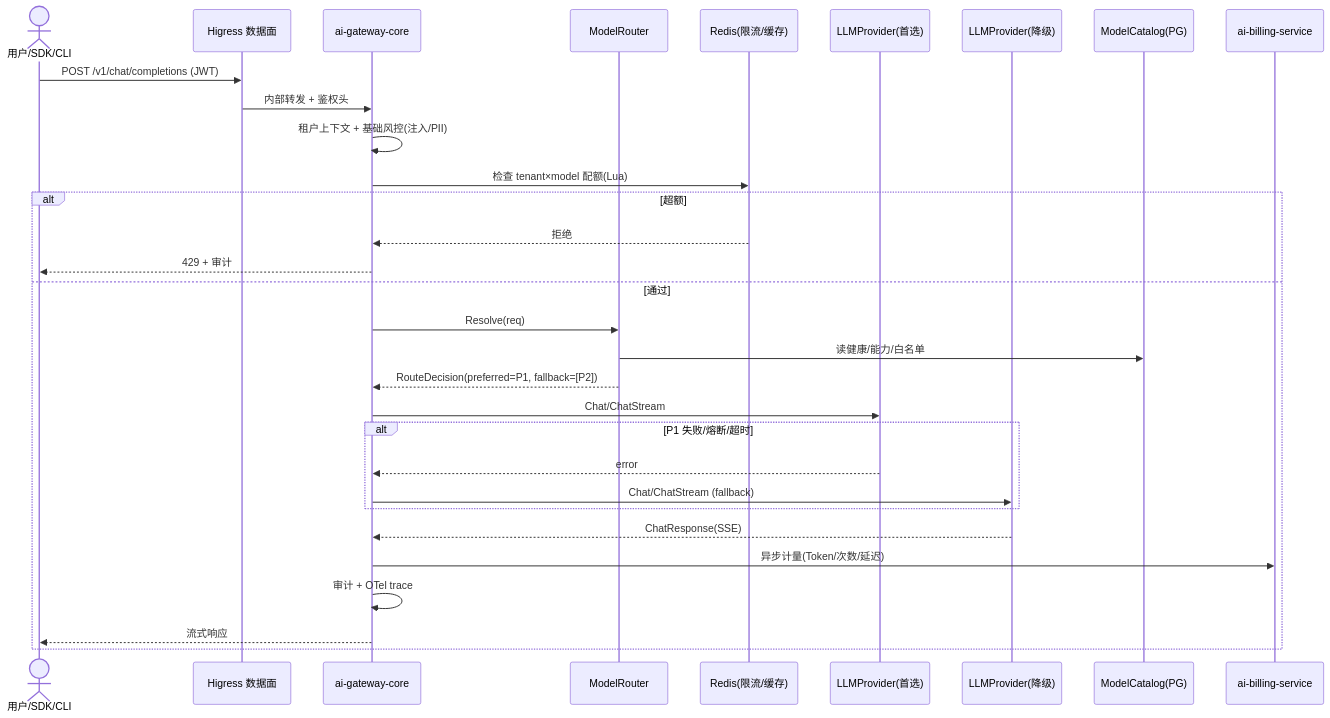
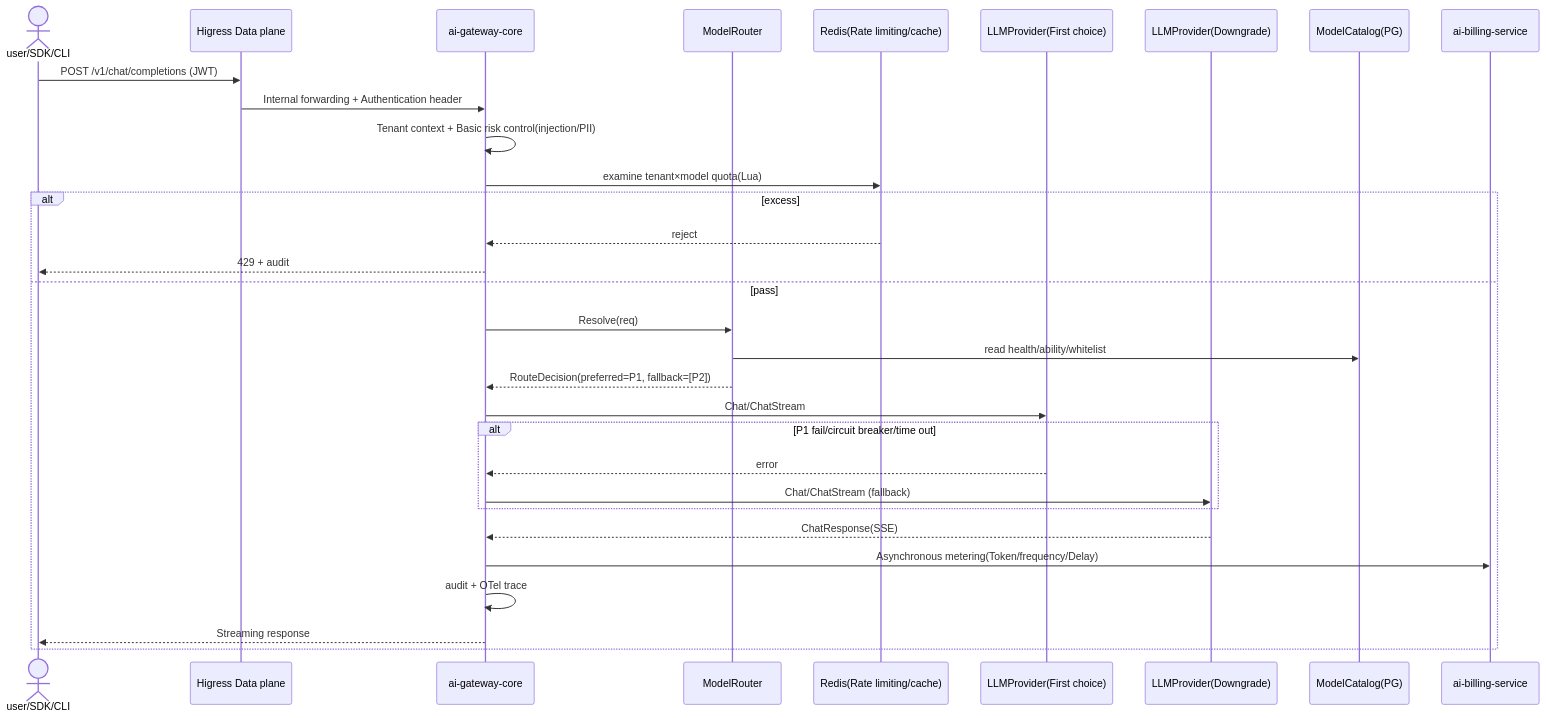
The second of 2 diagrams in design/DESIGN.md (open-strata-ai/ai-gateway-core), drawn with Mermaid before and after one commit. The commit also changed other lines of this file and 11 other files, not shown here.

````diff
--- a/design/DESIGN.md
+++ b/design/DESIGN.md
@@ -316,34 +316,34 @@
 ```mermaid
 sequenceDiagram
-    actor U as 用户/SDK/CLI
-    participant HW as Higress 数据面
+    actor U as user/SDK/CLI
+    participant HW as Higress Data plane
     participant GW as ai-gateway-core
     participant RT as ModelRouter
-    participant RL as Redis(限流/缓存)
-    participant P1 as LLMProvider(首选)
-    participant P2 as LLMProvider(降级)
+    participant RL as Redis(Rate limiting/cache)
+    participant P1 as LLMProvider(First choice)
+    participant P2 as LLMProvider(Downgrade)
     participant CAT as ModelCatalog(PG)
     participant BILL as ai-billing-service
 
     U->>HW: POST /v1/chat/completions (JWT)
-    HW->>GW: 内部转发 + 鉴权头
-    GW->>GW: 租户上下文 + 基础风控(注入/PII)
-    GW->>RL: 检查 tenant×model 配额(Lua)
-    alt 超额
-        RL-->>GW: 拒绝
-        GW-->>U: 429 + 审计
-    else 通过
+    HW->>GW: Internal forwarding + Authentication header
+    GW->>GW: Tenant context + Basic risk control(injection/PII)
+    GW->>RL: examine tenant×model quota(Lua)
+    alt excess
+        RL-->>GW: reject
+        GW-->>U: 429 + audit
+    else pass
         GW->>RT: Resolve(req)
-        RT->>CAT: 读健康/能力/白名单
+        RT->>CAT: read health/ability/whitelist
         RT-->>GW: RouteDecision(preferred=P1, fallback=[P2])
         GW->>P1: Chat/ChatStream
-        alt P1 失败/熔断/超时
+        alt P1 fail/circuit breaker/time out
             P1-->>GW: error
             GW->>P2: Chat/ChatStream (fallback)
         end
         P2-->>GW: ChatResponse(SSE)
-        GW->>BILL: 异步计量(Token/次数/延迟)
-        GW->>GW: 审计 + OTel trace
-        GW-->>U: 流式响应
+        GW->>BILL: Asynchronous metering(Token/frequency/Delay)
+        GW->>GW: audit + OTel trace
+        GW-->>U: Streaming response
     end
 ```
````
